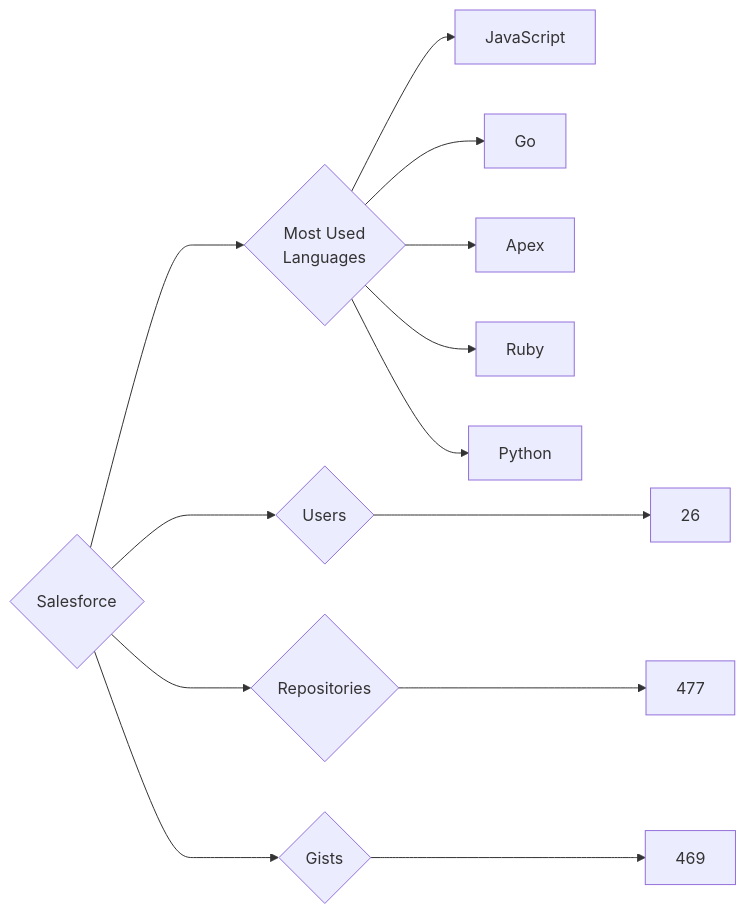
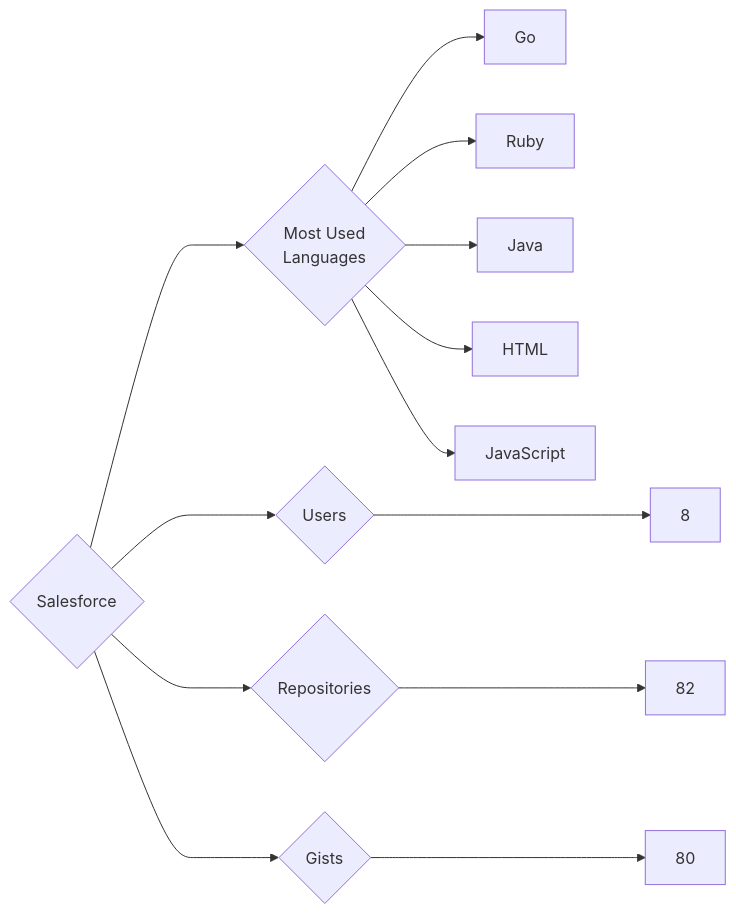
One commit to trickest/insiders changed the diagram in targets/Salesforce/README.md. Above: the diagram before and after it, drawn with Mermaid. The commit also changed 920 other files, not shown here.

````diff
--- a/targets/Salesforce/README.md
+++ b/targets/Salesforce/README.md
@@ -3,13 +3,13 @@
 ```mermaid
 graph LR
 COMPANY_NAME{Salesforce}
-COMPANY_NAME ---> U{Users} ---> UN[26]
-COMPANY_NAME ---> R{Repositories} ---> RN[477]
-COMPANY_NAME ---> G{Gists} ---> GN[469]
+COMPANY_NAME ---> U{Users} ---> UN[8]
+COMPANY_NAME ---> R{Repositories} ---> RN[82]
+COMPANY_NAME ---> G{Gists} ---> GN[80]
 COMPANY_NAME ---> ML{Most Used<br>Languages}
+ML --> Go[Go]
+ML --> Ruby[Ruby]
+ML --> Java[Java]
+ML --> HTML[HTML]
 ML --> JavaScript[JavaScript]
-ML --> Go[Go]
-ML --> Apex[Apex]
-ML --> Ruby[Ruby]
-ML --> Python[Python]
 ```
````
